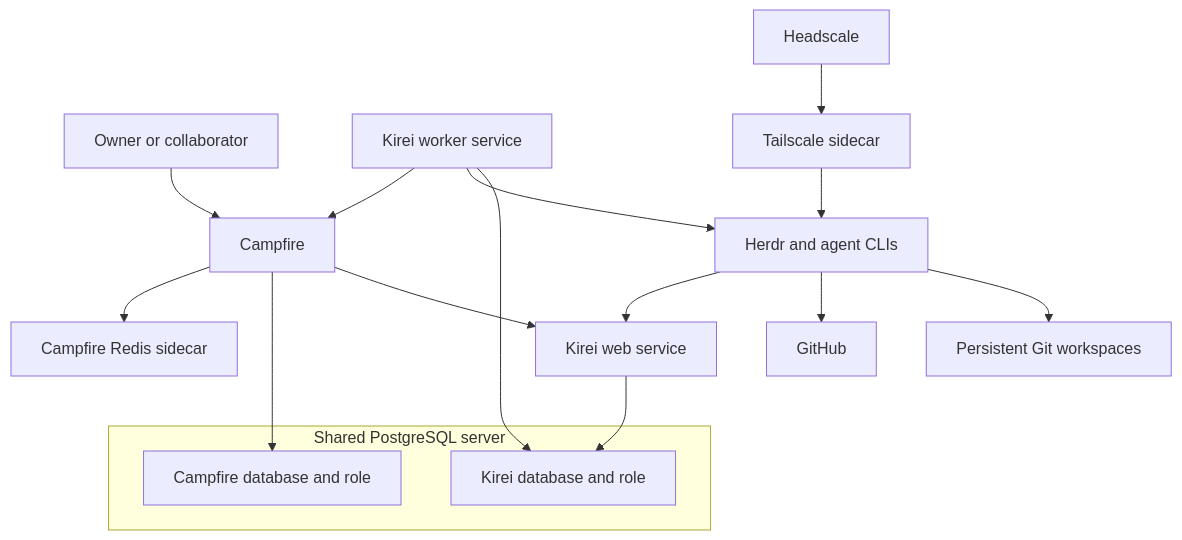
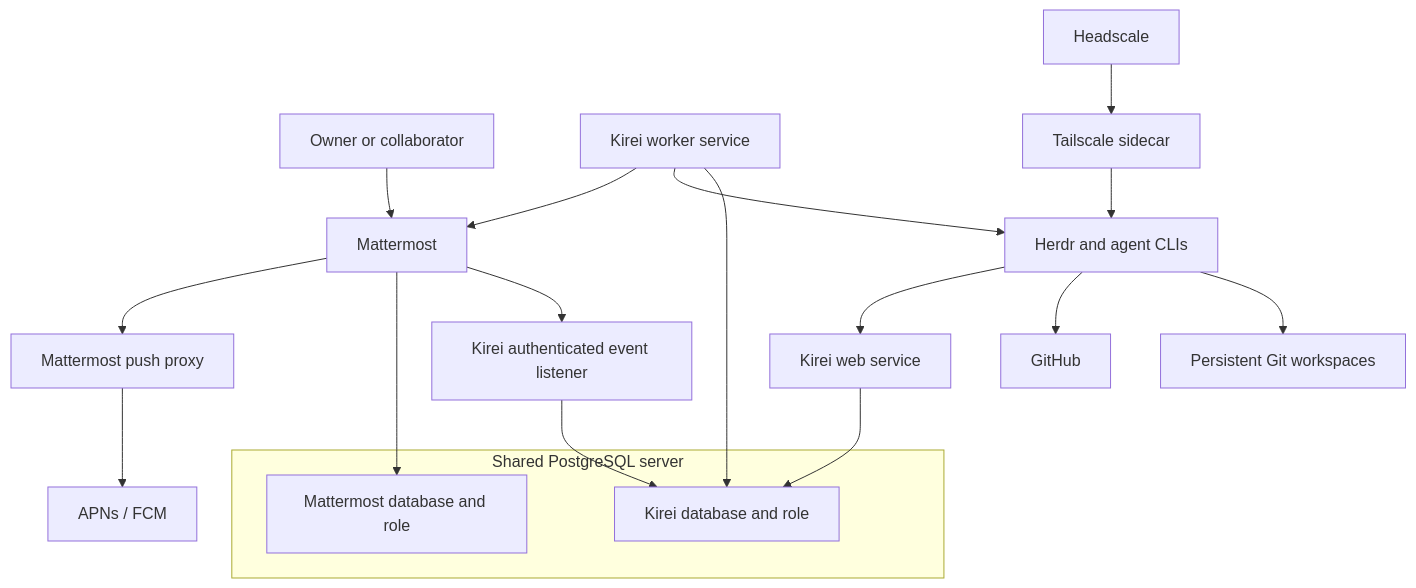
One commit to swiknaba/digitaltwin changed the diagram in docs/agent-fleet-architecture-and-review.md. Above: the diagram before and after it, drawn with Mermaid. The commit also changed other lines of this file and 4 other files, not shown here.

Commit message:
docs: replace Campfire plan with Mattermost and LiveKit

````diff
--- a/docs/agent-fleet-architecture-and-review.md
+++ b/docs/agent-fleet-architecture-and-review.md
@@ -126,20 +149,22 @@
 ```mermaid
 flowchart TD
-    Human["Owner or collaborator"] --> Campfire["Campfire"]
-    Campfire --> Web["Kirei web service"]
+    Human["Owner or collaborator"] --> Mattermost["Mattermost"]
+    Mattermost --> Listener["Kirei authenticated event listener"]
+    Listener --> Database
     subgraph PostgreSQL["Shared PostgreSQL server"]
         Database["Kirei database and role"]
-        CampfireDB["Campfire database and role"]
+        MattermostDB["Mattermost database and role"]
     end
-    Web --> Database
-    Campfire --> CampfireDB
-    Campfire --> Redis["Campfire Redis sidecar"]
+    Web["Kirei web service"] --> Database
+    Mattermost --> MattermostDB
+    Mattermost --> Push["Mattermost push proxy"]
+    Push --> Providers["APNs / FCM"]
     Worker["Kirei worker service"] --> Database
     Worker --> Runtime["Herdr and agent CLIs"]
     Runtime --> Repositories["Persistent Git workspaces"]
     Runtime --> GitHub["GitHub"]
     Runtime --> Web
-    Worker --> Campfire
+    Worker --> Mattermost
     Tailnet["Tailscale sidecar"] --> Runtime
     Headscale["Headscale"] --> Tailnet
 ```
````
